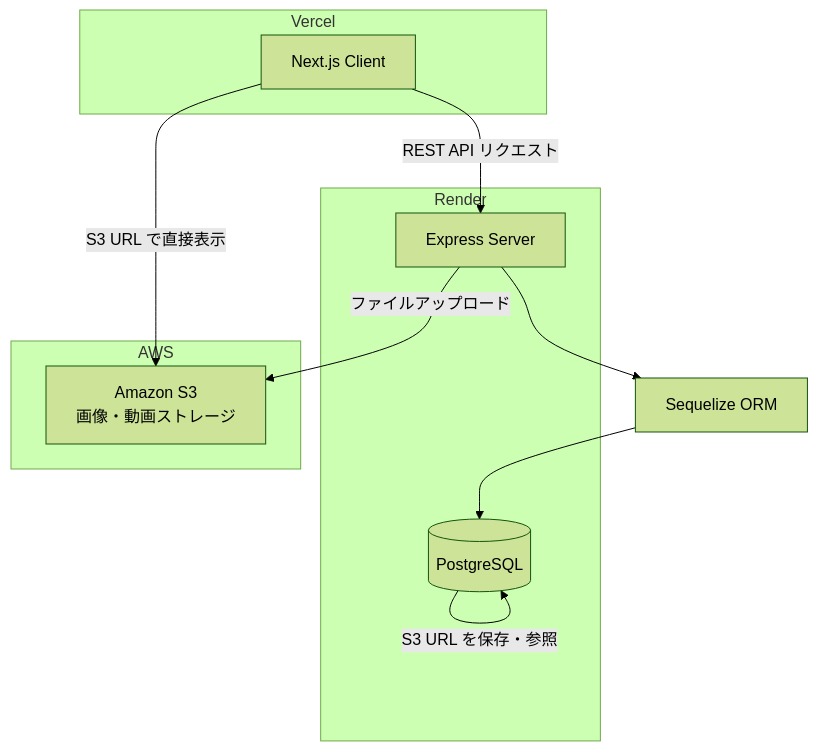
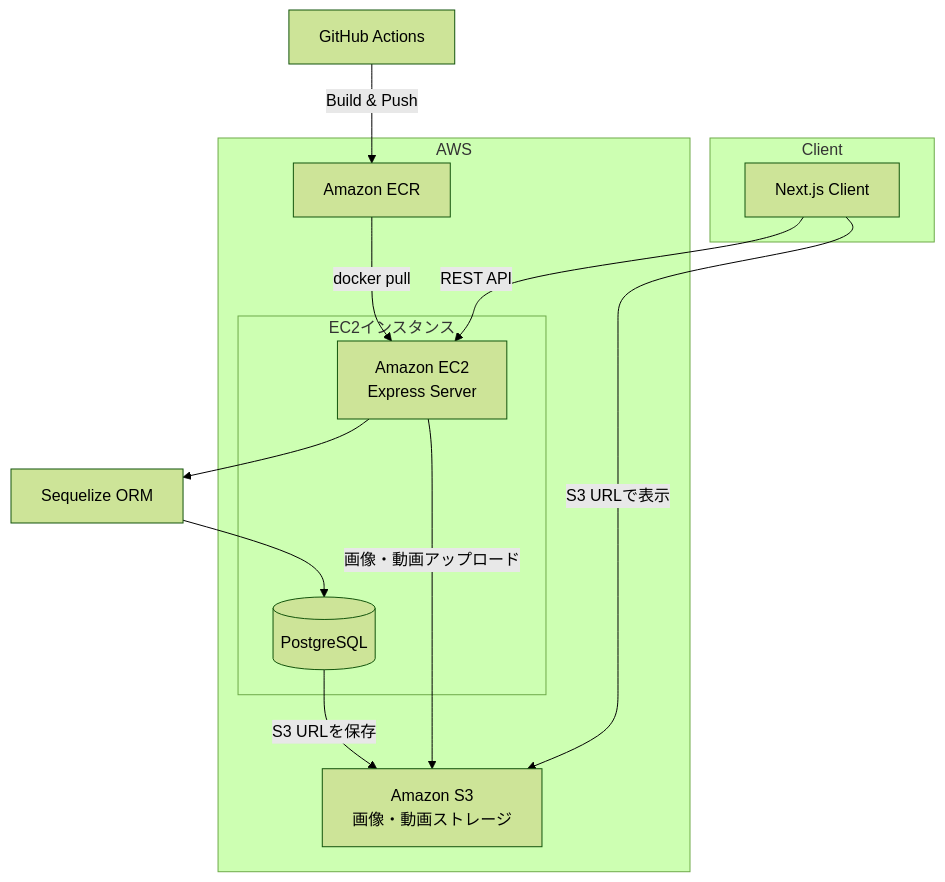
One commit to daddydirty420-app/web-project1 changed the diagram in README.md. Above: the diagram before and after it, drawn with Mermaid (forest theme). The commit also changed other lines of this file and 1 other file, not shown here.

````diff
--- a/README.md
+++ b/README.md
@@ -122,22 +148,28 @@
 ```mermaid
 graph TD
-  subgraph Vercel
+  subgraph Client
     A[Next.js Client]
   end
 
-  subgraph Render
-    B[Express Server]
-    D[(PostgreSQL)]
+  subgraph AWS
+    E[Amazon S3<br/>画像・動画ストレージ]
+    G[Amazon ECR]
+
+    subgraph EC2インスタンス
+      B[Amazon EC2<br/>Express Server]
+      D[(PostgreSQL)]
+    end
   end
 
-  subgraph AWS
-    E[Amazon S3\n画像・動画ストレージ]
-  end
+  F[GitHub Actions]
 
-  A -->|REST API リクエスト| B
+  A -->|REST API| B
   B --> C[Sequelize ORM]
   C --> D
-  B -->|ファイルアップロード| E
-  D -->|S3 URL を保存・参照| D
-  A -->|S3 URL で直接表示| E
+  B -->|画像・動画アップロード| E
+  D -->|S3 URLを保存| E
+  A -->|S3 URLで表示| E
+
+  F -->|Build & Push| G[Amazon ECR]
+  G -->|docker pull| B
 ```
````
